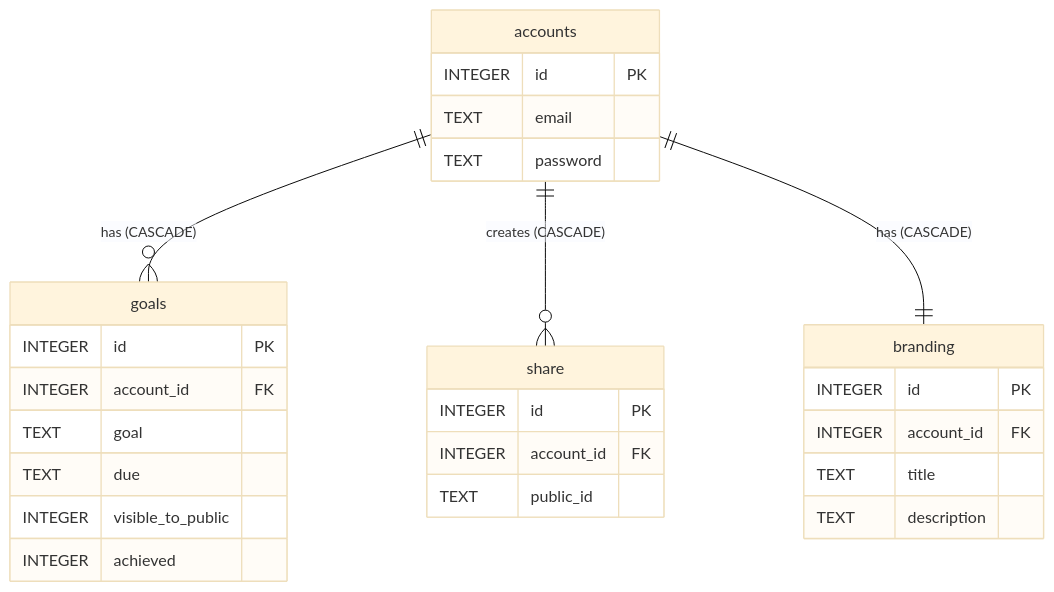
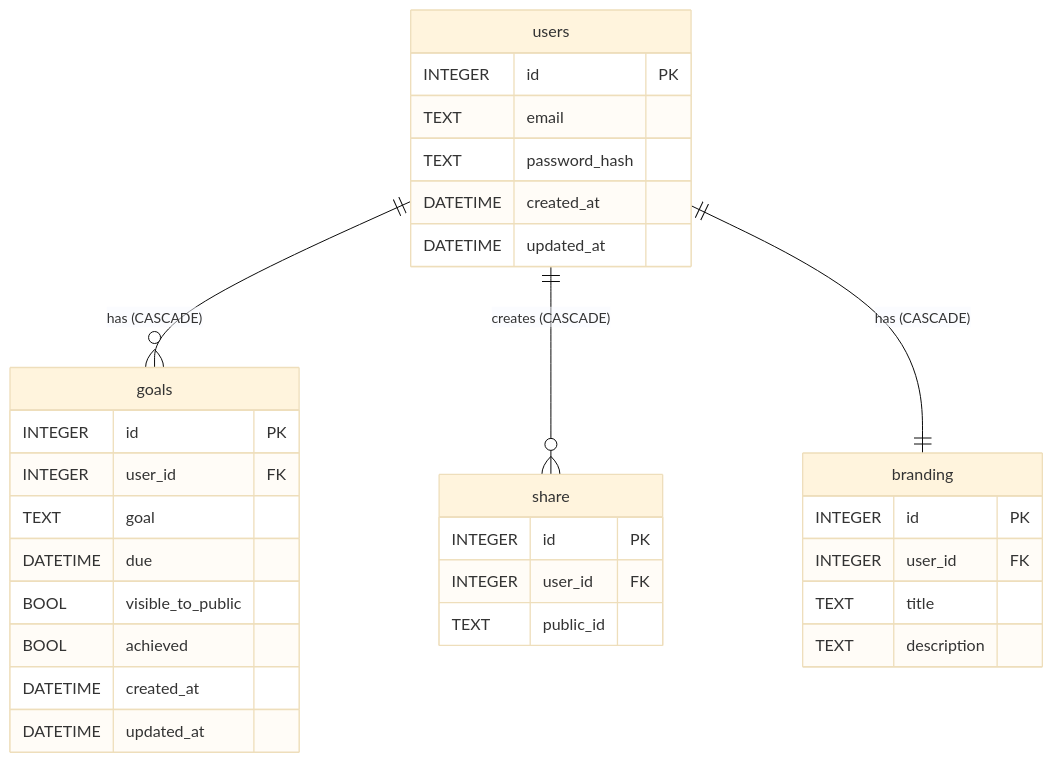
One commit to bit8bytes/goalkeepr changed the diagram in wiki/README.md. Above: the diagram before and after it, drawn with Mermaid (base theme). The commit also changed 14 other files, not shown here.

````diff
--- a/wiki/README.md
+++ b/wiki/README.md
@@ -22,34 +22,38 @@
 ```mermaid
 erDiagram
-    accounts {
+    users {
         INTEGER id PK
         TEXT email
-        TEXT password
+        TEXT password_hash
+        DATETIME created_at
+        DATETIME updated_at
     }
 
     branding {
         INTEGER id PK
-        INTEGER account_id FK
+        INTEGER user_id FK
         TEXT title
         TEXT description
     }
 
     goals {
         INTEGER id PK
-        INTEGER account_id FK
+        INTEGER user_id FK
         TEXT goal
-        TEXT due
-        INTEGER visible_to_public
-        INTEGER achieved
+        DATETIME due
+        BOOL visible_to_public
+        BOOL achieved
+        DATETIME created_at
+        DATETIME updated_at
     }
 
     share {
         INTEGER id PK
-        INTEGER account_id FK
+        INTEGER user_id FK
         TEXT public_id
     }
 
-    accounts ||--o{ goals : "has (CASCADE)"
-    accounts ||--o{ share : "creates (CASCADE)"
-    accounts ||--|| branding : "has (CASCADE)"
+    users ||--o{ goals : "has (CASCADE)"
+    users ||--o{ share : "creates (CASCADE)"
+    users ||--|| branding : "has (CASCADE)"
 ```
````
